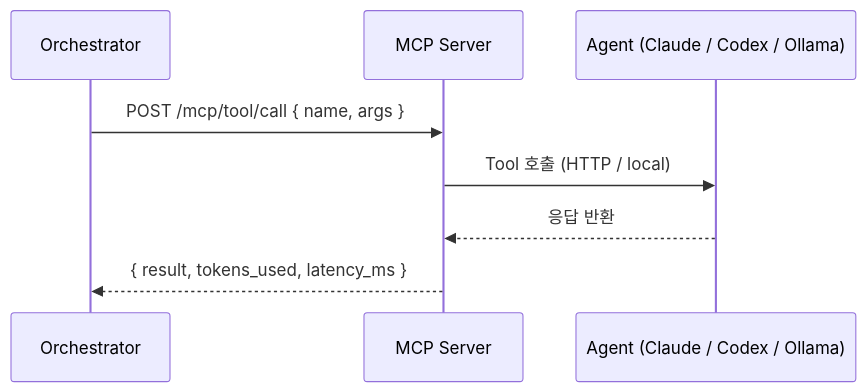
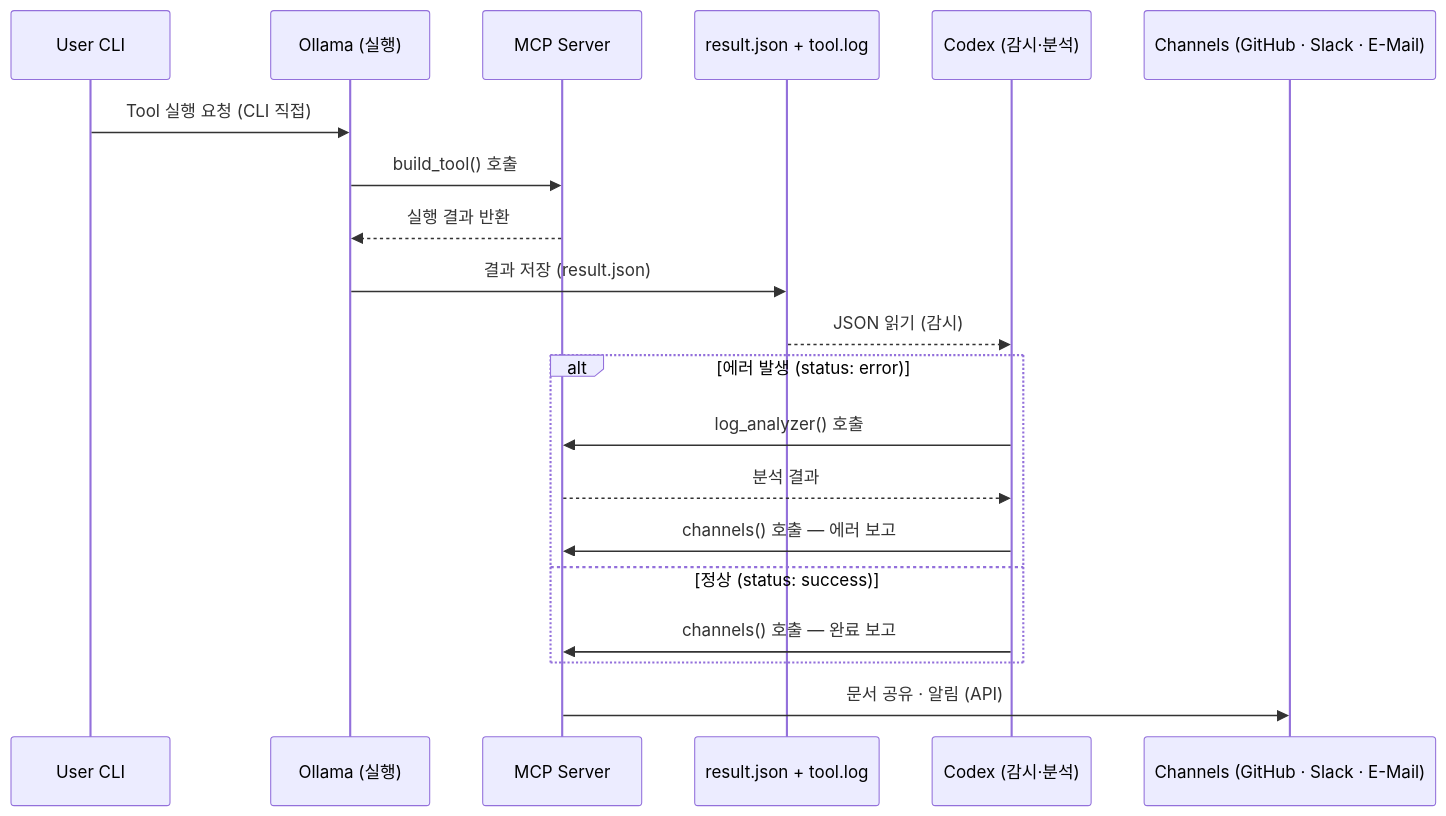
One commit to JeonghunLee/local-ai-agent-mcp changed the second of 2 diagrams in docs/mcp/mcp_server.md. Above: the diagram before and after it, drawn with Mermaid. The commit also changed other lines of this file and 2 other files, not shown here.

Commit message:
update docs and claude

````diff
--- a/docs/mcp/mcp_server.md
+++ b/docs/mcp/mcp_server.md
@@ -69,11 +111,23 @@
 ```mermaid
 sequenceDiagram
-    participant O as Orchestrator
+    participant U as User CLI
+    participant OL as Ollama (실행)
     participant M as MCP Server
-    participant A as Agent (Claude / Codex / Ollama)
+    participant J as result.json + tool.log
+    participant CX as Codex (감시·분석)
+    participant CH as Channels (GitHub · Slack · E-Mail)
 
-    O->>M: POST /mcp/tool/call { name, args }
-    M->>A: Tool 호출 (HTTP / local)
-    A-->>M: 응답 반환
-    M-->>O: { result, tokens_used, latency_ms }
+    U->>OL: Tool 실행 요청 (CLI 직접)
+    OL->>M: build_tool() 호출
+    M-->>OL: 실행 결과 반환
+    OL->>J: 결과 저장 (result.json)
+    J-->>CX: JSON 읽기 (감시)
+    alt 에러 발생 (status: error)
+        CX->>M: log_analyzer() 호출
+        M-->>CX: 분석 결과
+        CX->>M: channels() 호출 — 에러 보고
+    else 정상 (status: success)
+        CX->>M: channels() 호출 — 완료 보고
+    end
+    M->>CH: 문서 공유 · 알림 (API)
 ```
````
